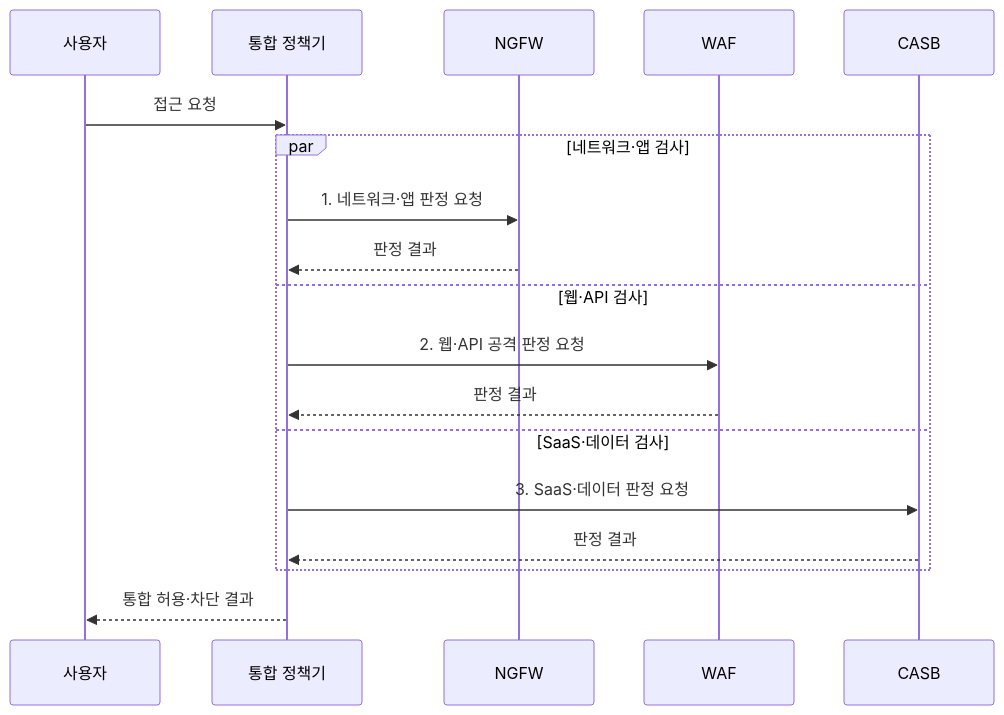
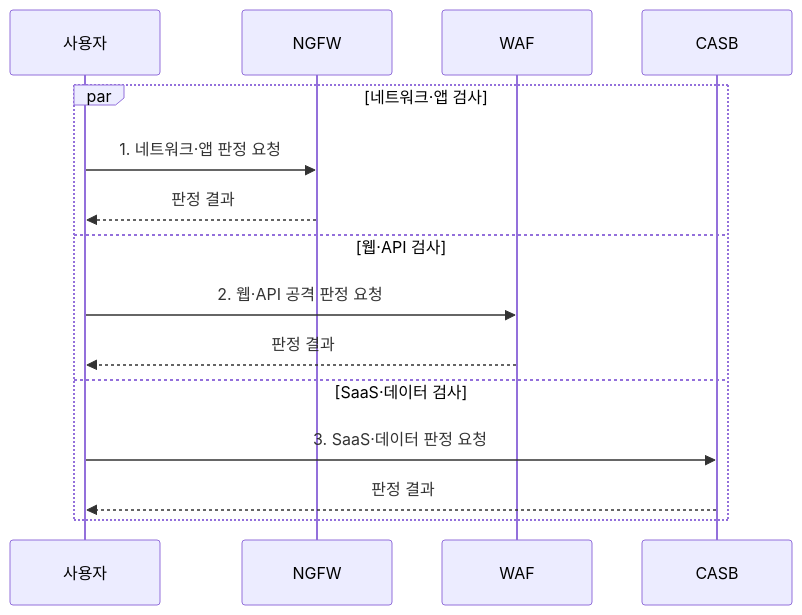
Before and after one commit to agnusdei1207/knowledge-base: the second of 2 diagrams in src/content/docs/notes/05-security/022_ngfw_waf_casb_comparison.md, drawn with Mermaid. The commit also changed 8 other files, not shown here.

Commit message:
Simplify security operations sequences

````diff
--- a/src/content/docs/notes/05-security/022_ngfw_waf_casb_comparison.md
+++ b/src/content/docs/notes/05-security/022_ngfw_waf_casb_comparison.md
@@ -95,20 +95,17 @@
 ```mermaid
 sequenceDiagram
     participant U as 사용자
-    participant P as 통합 정책기
     participant N as NGFW
     participant W as WAF
     participant C as CASB
-    U->>P: 접근 요청
     par 네트워크·앱 검사
-        P->>N: 1. 네트워크·앱 판정 요청
-        N-->>P: 판정 결과
+        U->>N: 1. 네트워크·앱 판정 요청
+        N-->>U: 판정 결과
     and 웹·API 검사
-        P->>W: 2. 웹·API 공격 판정 요청
-        W-->>P: 판정 결과
+        U->>W: 2. 웹·API 공격 판정 요청
+        W-->>U: 판정 결과
     and SaaS·데이터 검사
-        P->>C: 3. SaaS·데이터 판정 요청
-        C-->>P: 판정 결과
+        U->>C: 3. SaaS·데이터 판정 요청
+        C-->>U: 판정 결과
     end
-    P-->>U: 통합 허용·차단 결과
 ```
````
